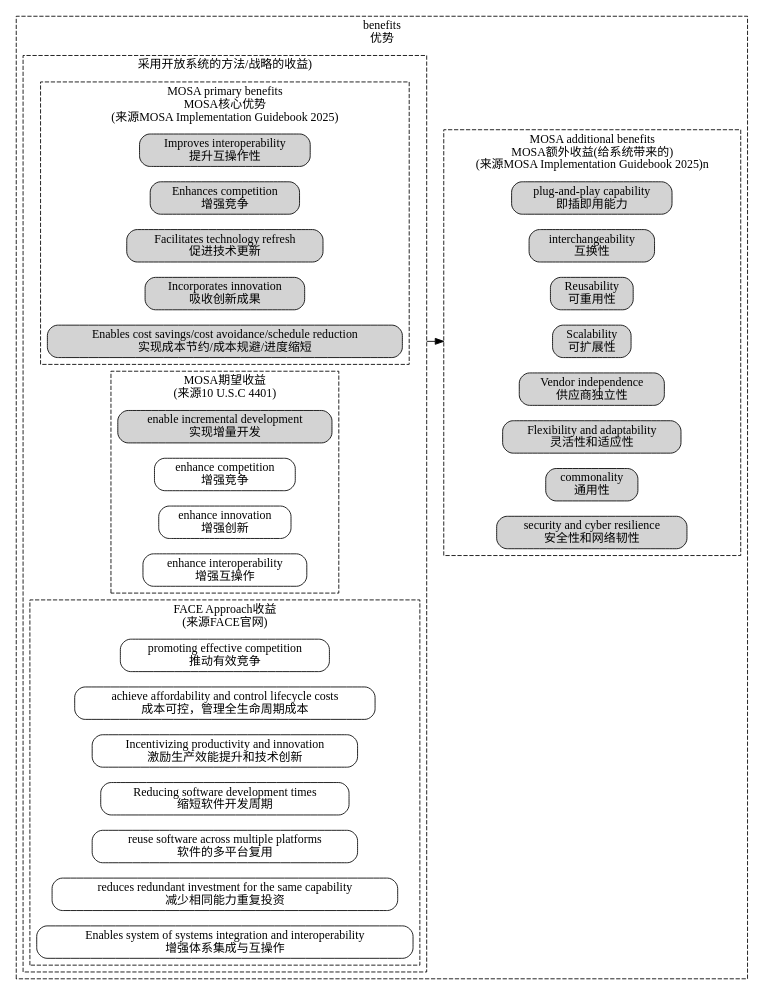
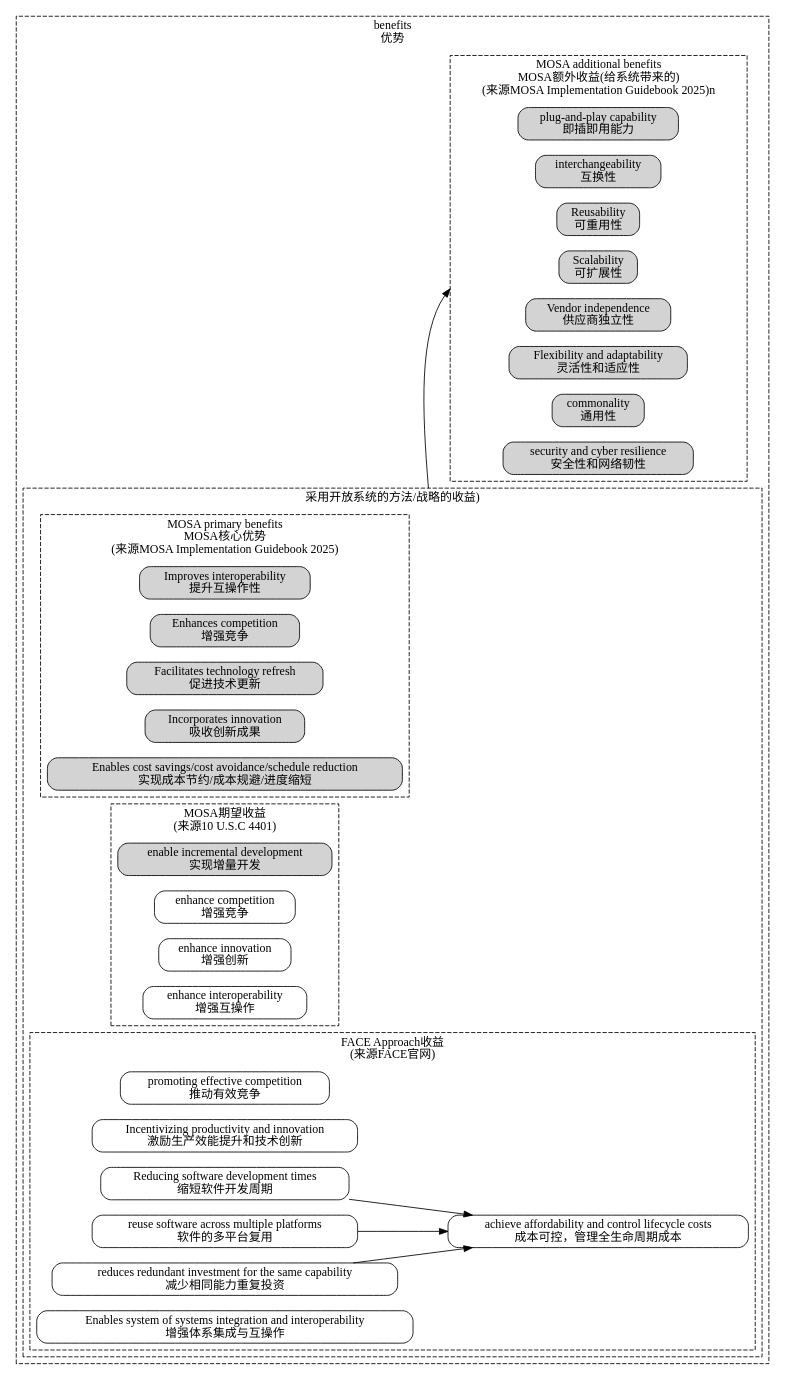
Before and after one commit to chaozhang2000/soa: the diagram in parts/soa_feature_benifits.dot, drawn with Graphviz. The commit also changed 2 other files, not shown here.

```diff
--- a/parts/soa_feature_benifits.dot
+++ b/parts/soa_feature_benifits.dot
@@ -1,55 +1,58 @@
 digraph G {
   graph [rankdir=LR,compound=true];
   node [shape=box, style="rounded,filled"];
 subgraph cluster_MOSA_benefits{
 	label="benefits\n优势"
 	style = dashed;
 subgraph cluster_MOSA_benefits1{
 	label="采用开放系统的方法/战略的收益)"
 	style = dashed;
 	
 	subgraph cluster_MOSA_primary_benefits{
 	label="MOSA primary benefits\nMOSA核心优势\n(来源MOSA Implementation Guidebook 2025)"
 	style = dashed;
 	MOSA_Benefit1[label="Improves interoperability\n提升互操作性"]
 	MOSA_Benefit2[label="Enhances competition\n增强竞争"]
 	MOSA_Benefit3[label="Facilitates technology refresh\n促进技术更新"]
 	MOSA_Benefit4[label="Incorporates innovation\n吸收创新成果"]
 	MOSA_Benefit5[label="Enables cost savings/cost avoidance/schedule reduction\n实现成本节约/成本规避/进度缩短"]
 	}
 subgraph cluster_MOSA_benefits2{
 	label="MOSA期望收益\n(来源10 U.S.C 4401)"
 	style = dashed;
 	MOSA_Benefit14[label="enable incremental development\n实现增量开发"]
 	MOSA_Benefit15[label="enhance competition\n增强竞争",color=black,fillcolor=white]
 	MOSA_Benefit16[label="enhance innovation\n增强创新",color=black,fillcolor=white]
 	MOSA_Benefit17[label="enhance interoperability\n增强互操作",color=black,fillcolor=white]
 }
 subgraph cluster_FACE_benefits2{
 	label="FACE Approach收益\n(来源FACE官网)"
 	style = dashed;
 	FACE_Benefit0[label="promoting effective competition\n推动有效竞争",color=black,fillcolor=white]
 	FACE_Benefit1[label="achieve affordability and control lifecycle costs\n成本可控，管理全生命周期成本",color=black,fillcolor=white]
 	FACE_Benefit2[label="Incentivizing productivity and innovation\n激励生产效能提升和技术创新",color=black,fillcolor=white]
 	FACE_Benefit3[label="Reducing software development times\n缩短软件开发周期",color=black,fillcolor=white]
 	FACE_Benefit4[label="reuse software across multiple platforms\n软件的多平台复用",color=black,fillcolor=white]
 	FACE_Benefit5[label="reduces redundant investment for the same capability\n减少相同能力重复投资",color=black,fillcolor=white]
 	FACE_Benefit6[label="Enables system of systems integration and interoperability\n增强体系集成与互操作",color=black,fillcolor=white]
+	FACE_Benefit3->FACE_Benefit1
+	FACE_Benefit4->FACE_Benefit1
+	FACE_Benefit5->FACE_Benefit1
 }
 }
 	subgraph cluster_MOSA_additional_benefits{
 	label="MOSA additional benefits\nMOSA额外收益(给系统带来的)\n(来源MOSA Implementation Guidebook 2025)n"
 	style = dashed;
 	MOSA_Benefit6[label="plug-and-play capability\n即插即用能力"]
 	MOSA_Benefit7[label="interchangeability\n互换性"]
 	MOSA_Benefit8[label="Reusability\n可重用性"]
 	MOSA_Benefit9[label="Scalability\n可扩展性"]
 	MOSA_Benefit10[label="Vendor independence\n供应商独立性"]
 	MOSA_Benefit11[label="Flexibility and adaptability\n灵活性和适应性"]
 	MOSA_Benefit12[label="commonality\n通用性"]
 	MOSA_Benefit13[label="security and cyber resilience\n安全性和网络韧性"]
 	}
 }
 MOSA_Benefit5->MOSA_Benefit9[lhead = "cluster_MOSA_additional_benefits",ltail = "cluster_MOSA_benefits1"]
 //MOSA_Benefit1->MOSA_Benefit14[style=invis]
 }
```
